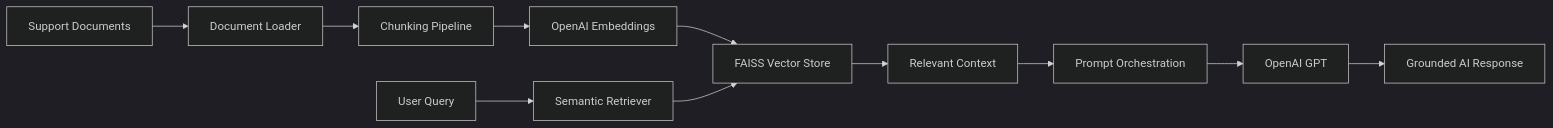
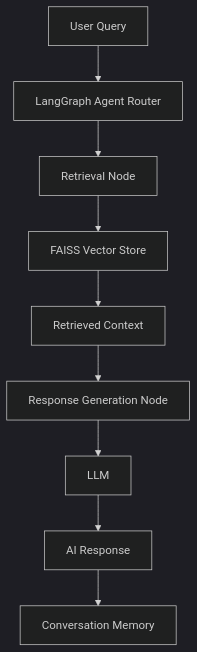
The diagram in README.md (mrrahulrana/fleet-support-rag-assistant), drawn with Mermaid (dark theme) before and after one commit. The commit also changed other lines of this file and 12 other files, not shown here.

Commit message:
Implement LangGraph-based agentic workflow orchestration

````diff
--- a/README.md
+++ b/README.md
@@ -36,25 +40,20 @@
 ```mermaid
-flowchart LR
+flowchart TD
 
-A[Support Documents]
---> B[Document Loader]
+A[User Query]
+--> B[LangGraph Agent Router]
 
-B --> C[Chunking Pipeline]
+B --> C[Retrieval Node]
 
-C --> D[OpenAI Embeddings]
+C --> D[FAISS Vector Store]
 
-D --> E[FAISS Vector Store]
+D --> E[Retrieved Context]
 
-F[User Query]
---> G[Semantic Retriever]
+E --> F[Response Generation Node]
 
-G --> E
+F --> G[LLM]
 
-E --> H[Relevant Context]
+G --> H[AI Response]
 
-H --> I[Prompt Orchestration]
-
-I --> J[OpenAI GPT]
-
-J --> K[Grounded AI Response]
+H --> I[Conversation Memory]
 ```
````
